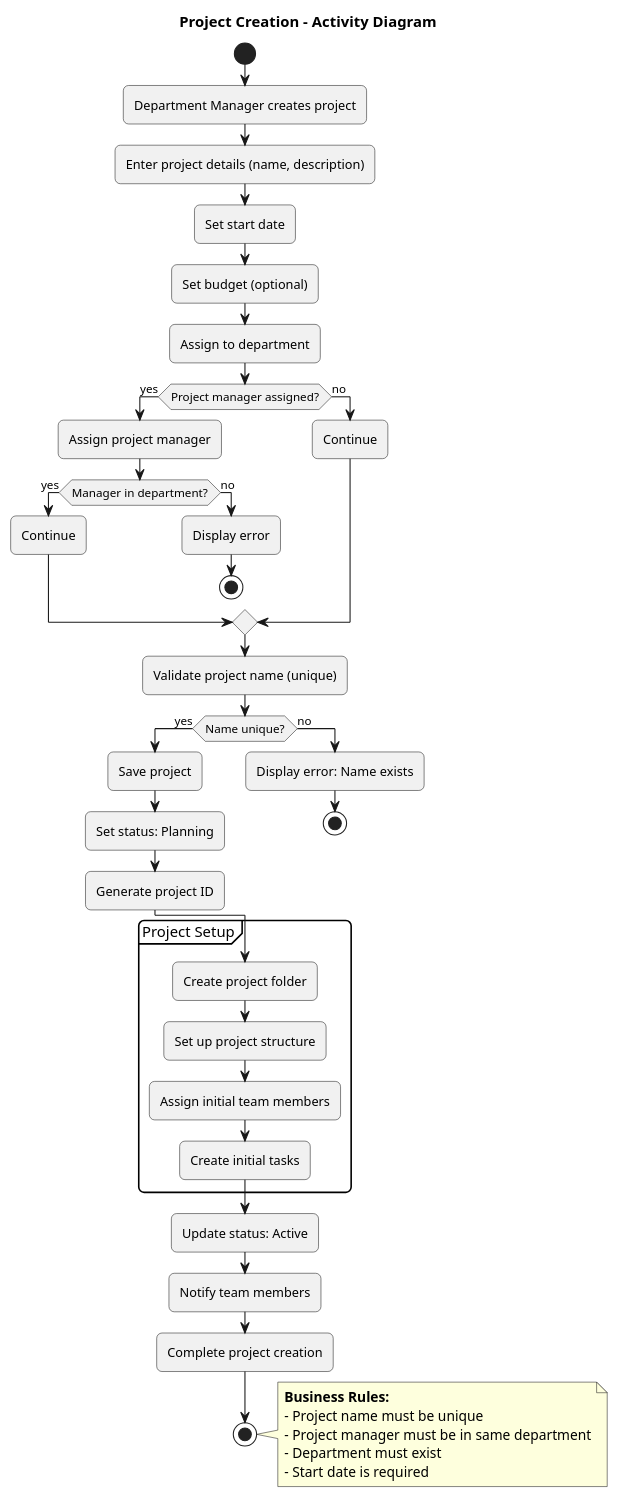
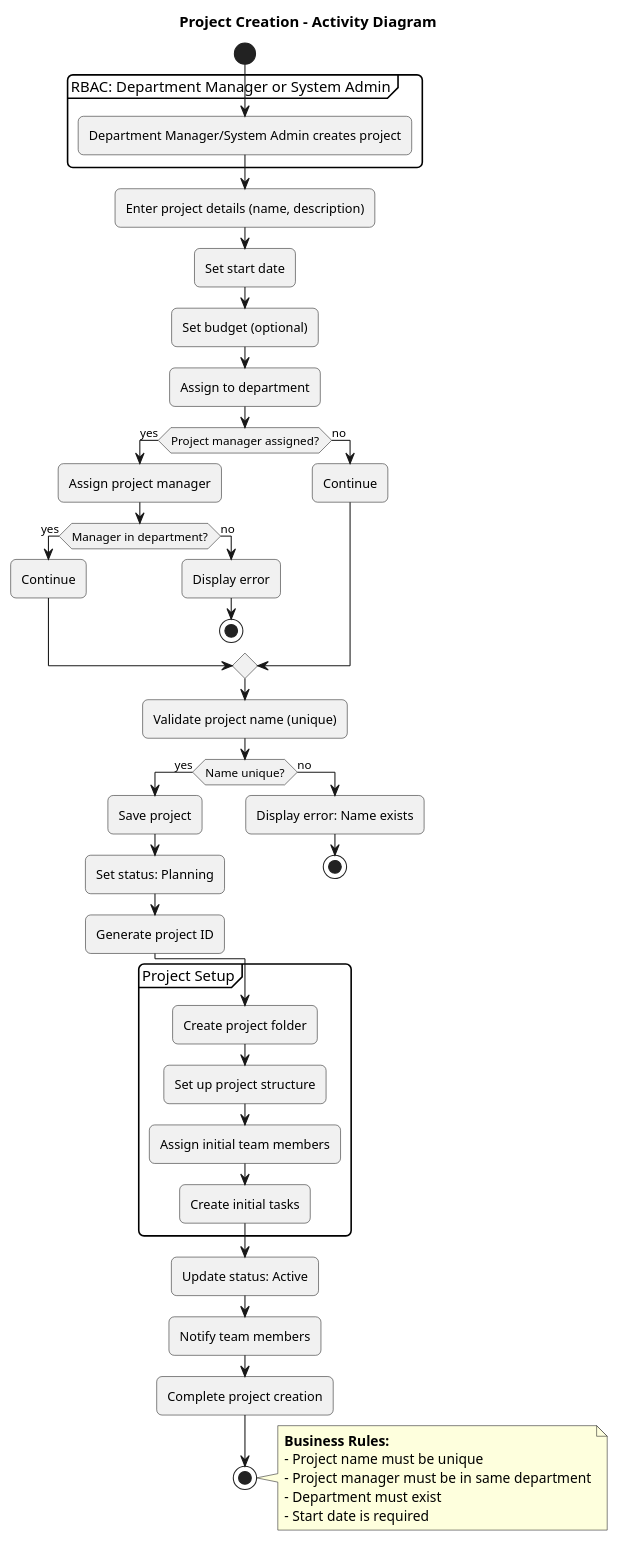
One commit to Buffden/employee-management-system changed the diagram in docs/diagrams/activity/project-creation-activity.puml. Above: the diagram before and after it, drawn with PlantUML. The commit also changed 51 other files, not shown here.

```diff
--- a/docs/diagrams/activity/project-creation-activity.puml
+++ b/docs/diagrams/activity/project-creation-activity.puml
@@ -1,58 +1,60 @@
 @startuml Project Creation Activity
 skinparam linetype ortho
 skinparam roundcorner 10
 
 title Project Creation - Activity Diagram
 
 start
 
-:Department Manager creates project;
+partition "RBAC: Department Manager or System Admin" {
+  :Department Manager/System Admin creates project;
+}
 :Enter project details (name, description);
 :Set start date;
 :Set budget (optional);
 :Assign to department;
 
 if (Project manager assigned?) then (yes)
   :Assign project manager;
   if (Manager in department?) then (yes)
     :Continue;
   else (no)
     :Display error;
     stop
   endif
 else (no)
   :Continue;
 endif
 
 :Validate project name (unique);
 if (Name unique?) then (yes)
   :Save project;
   :Set status: Planning;
   :Generate project ID;
 else (no)
   :Display error: Name exists;
   stop
 endif
 
 partition "Project Setup" {
   :Create project folder;
   :Set up project structure;
   :Assign initial team members;
   :Create initial tasks;
 }
 
 :Update status: Active;
 :Notify team members;
 :Complete project creation;
 
 stop
 
 note right
   **Business Rules:**
   - Project name must be unique
   - Project manager must be in same department
   - Department must exist
   - Start date is required
 end note
 
 @enduml
```
